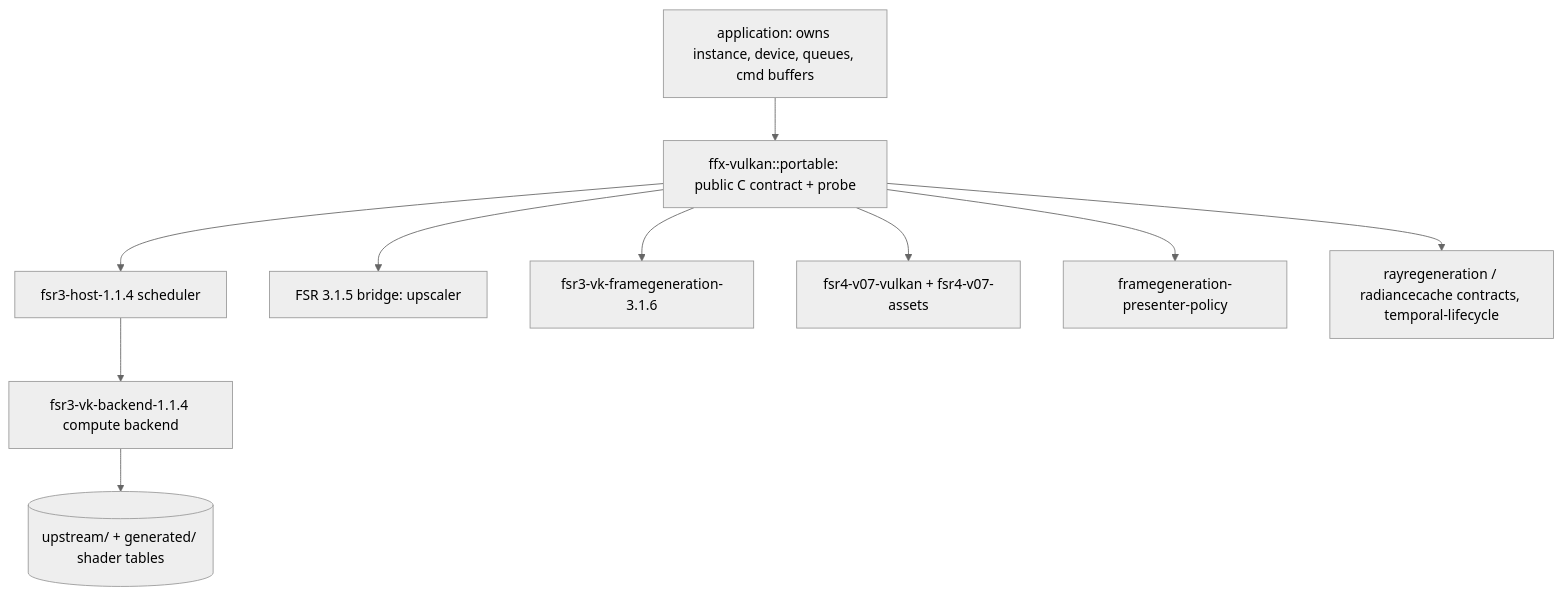
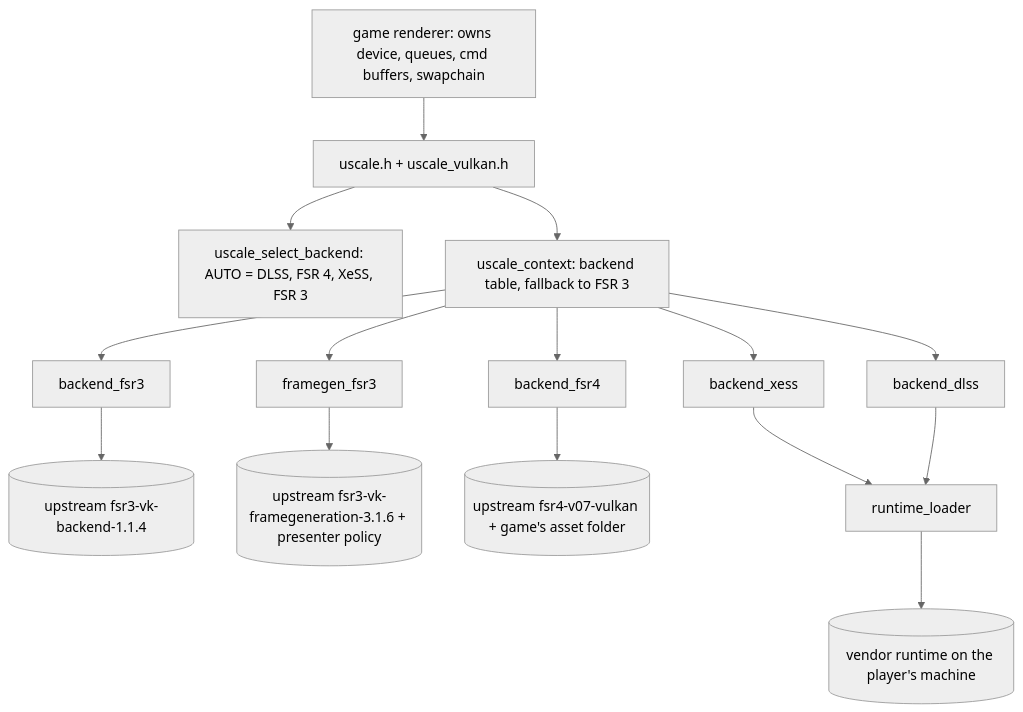
One commit to iannitram/FSR-Vulkan changed the diagram in docs/code-map.md. Above: the diagram before and after it, drawn with Mermaid (neutral theme). The commit also changed other lines of this file and 25 other files, not shown here.

First line of the commit message:
Roadmap: uscale skeleton, code map, three-OS CI

````diff
--- a/docs/code-map.md
+++ b/docs/code-map.md
@@ -34,13 +42,18 @@
 ```mermaid
 flowchart TD
-  app[application: owns instance, device, queues, cmd buffers]
-  app --> portable[ffx-vulkan::portable: public C contract + probe]
-  portable --> host[fsr3-host-1.1.4 scheduler]
-  host --> backend[fsr3-vk-backend-1.1.4 compute backend]
-  portable --> up315[FSR 3.1.5 bridge: upscaler]
-  portable --> fg316[fsr3-vk-framegeneration-3.1.6]
-  portable --> fsr4[fsr4-v07-vulkan + fsr4-v07-assets]
-  portable --> pres[framegeneration-presenter-policy]
-  portable --> val[rayregeneration / radiancecache contracts, temporal-lifecycle]
-  backend --> up[(upstream/ + generated/ shader tables)]
+  game[game renderer: owns device, queues, cmd buffers, swapchain]
+  game --> api[uscale.h + uscale_vulkan.h]
+  api --> sel[uscale_select_backend: AUTO = DLSS, FSR 4, XeSS, FSR 3]
+  api --> ctx[uscale_context: backend table, fallback to FSR 3]
+  ctx --> fsr3[backend_fsr3]
+  ctx --> fsr4[backend_fsr4]
+  ctx --> xess[backend_xess]
+  ctx --> dlss[backend_dlss]
+  ctx --> fg[framegen_fsr3]
+  fsr3 --> up3[(upstream fsr3-vk-backend-1.1.4)]
+  fg --> upfg[(upstream fsr3-vk-framegeneration-3.1.6 + presenter policy)]
+  fsr4 --> up4[(upstream fsr4-v07-vulkan + game's asset folder)]
+  xess --> loader[runtime_loader]
+  dlss --> loader
+  loader --> vend[(vendor runtime on the player's machine)]
 ```
````
